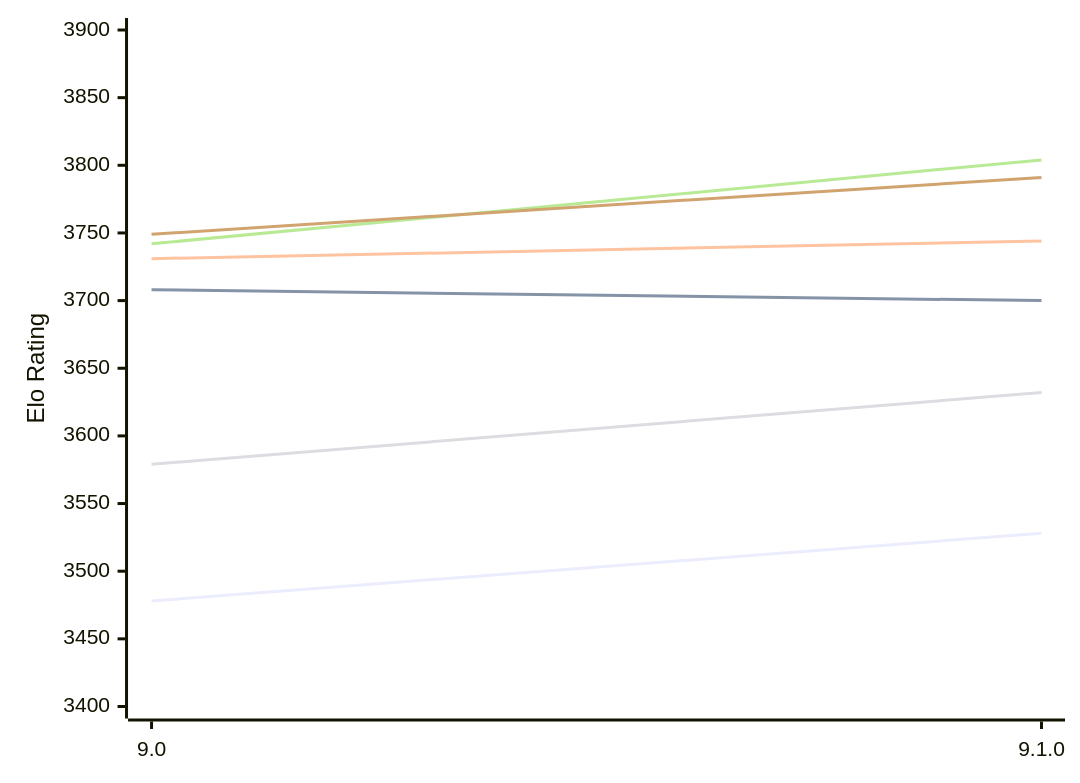
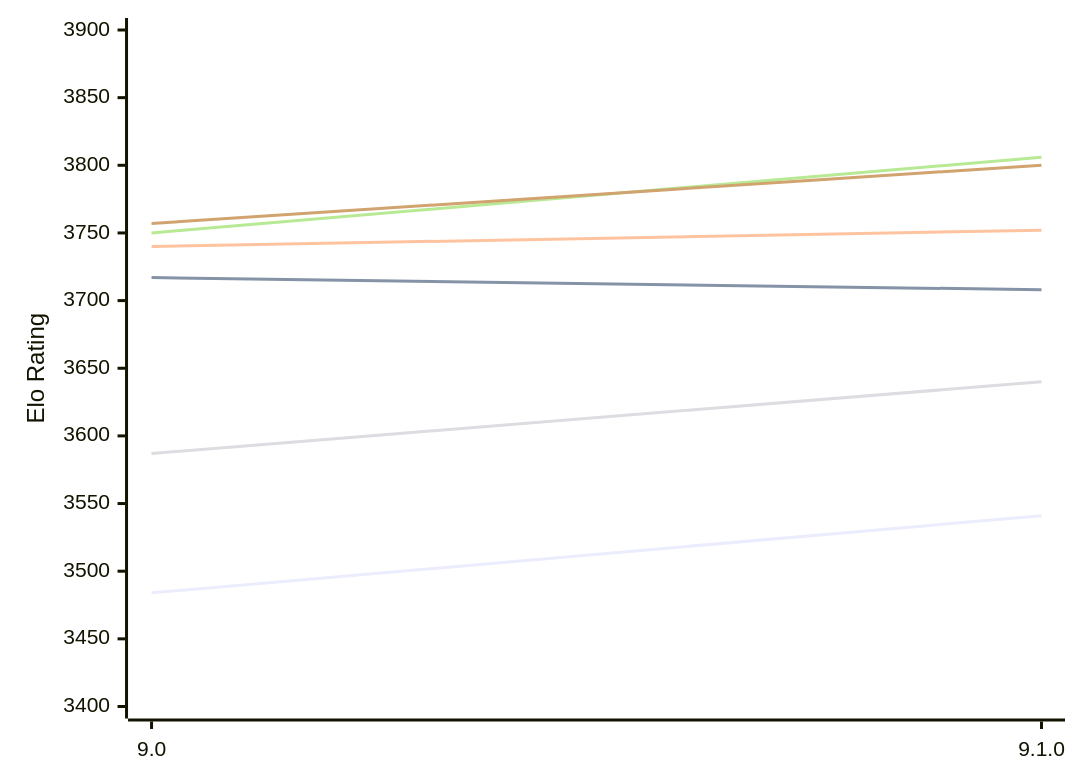
Before and after one commit to computer-chess-index/cci: the first of 2 diagrams in engines/Alexandria.md, drawn with Mermaid. The commit also changed other lines of this file, not shown here.

Commit message:
Update CCI Ratings (ELO VLTC) - 2026-11-03

````diff
--- a/engines/Alexandria.md
+++ b/engines/Alexandria.md
@@ -54,12 +54,12 @@
 ```mermaid
 %%{init: {"theme":"base","themeVariables":{"seriesColors:['#a3a3a3','#222221','#faa371']}}}%%
 xychart-beta
   x-axis ["9.0", "9.1.0"]
   y-axis "Elo Rating" 3400 --> 3900
-  line "E1: STC (8.0+0.08s)" [3478, 3528]
-  line "E1: LTC (60.0+0.60s)" [3708, 3700]
-  line "E1: VLTC (2m24s+1.12s)" [3731, 3744]
-  line "P1: STC (8.0+0.08s)" [3579, 3632]
-  line "P1: LTC (60.0+0.60s)" [3742, 3804]
-  line "P1: VLTC (2m24s+1.12s)" [3749, 3791]
+  line "E1: STC (8.0+0.08s)" [3484, 3541]
+  line "E1: LTC (60.0+0.60s)" [3717, 3708]
+  line "E1: VLTC (2m24s+1.12s)" [3740, 3752]
+  line "P1: STC (8.0+0.08s)" [3587, 3640]
+  line "P1: LTC (60.0+0.60s)" [3750, 3806]
+  line "P1: VLTC (2m24s+1.12s)" [3757, 3800]
 ```
````
